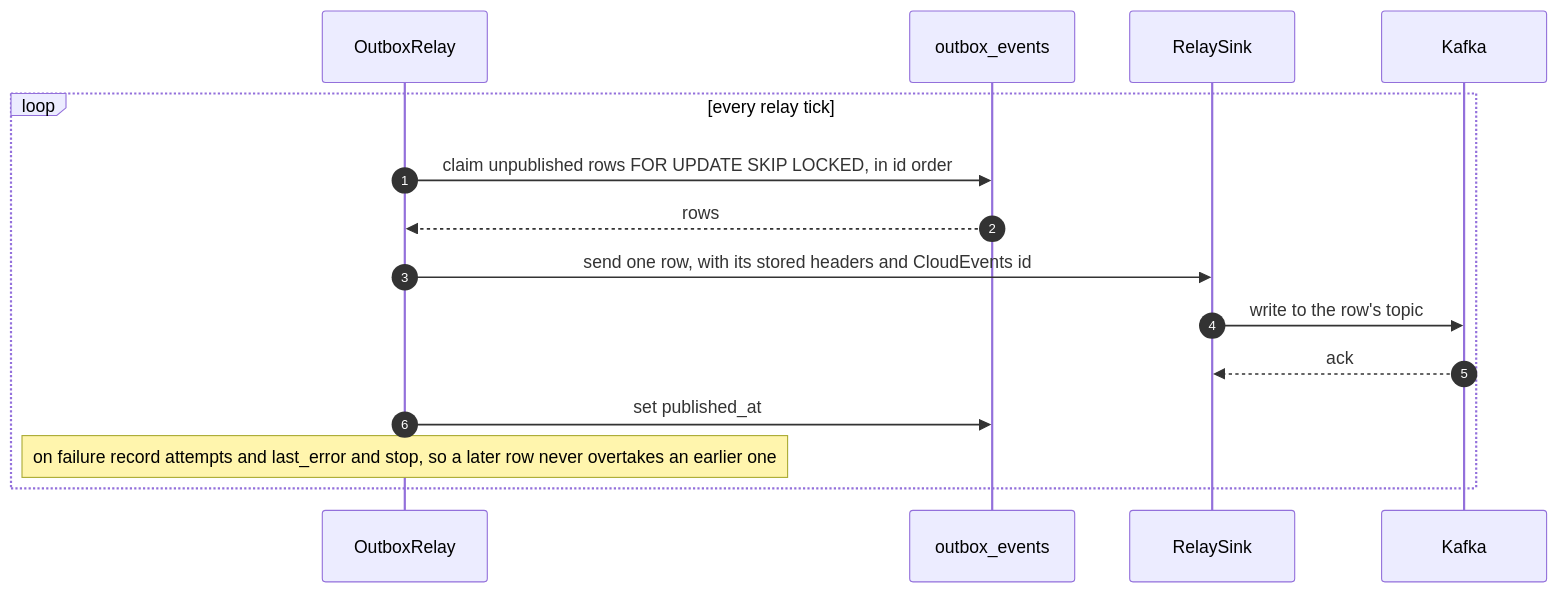
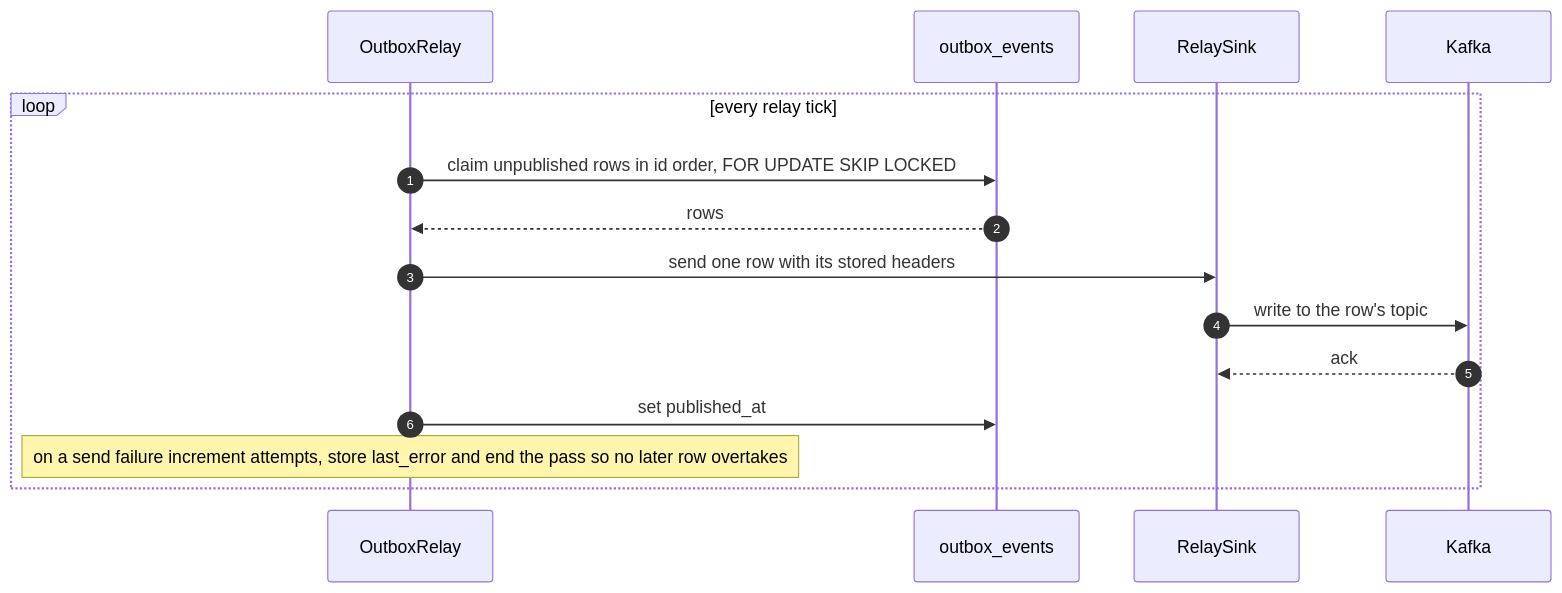
The fourth of 8 diagrams in docs/contexts/network-inventory-planning/sequence-diagrams.md (IQVO/warehouse-docs), drawn with Mermaid before and after one commit. The commit also changed other lines of this file and 115 other files, not shown here.

````diff
--- a/docs/contexts/network-inventory-planning/sequence-diagrams.md
+++ b/docs/contexts/network-inventory-planning/sequence-diagrams.md
@@ -109,17 +106,17 @@
 ```mermaid
 sequenceDiagram
   autonumber
   participant L as OutboxRelay
   participant DB as outbox_events
   participant S as RelaySink
   participant K as Kafka
   loop every relay tick
-    L->>DB: claim unpublished rows FOR UPDATE SKIP LOCKED, in id order
+    L->>DB: claim unpublished rows in id order, FOR UPDATE SKIP LOCKED
     DB-->>L: rows
-    L->>S: send one row, with its stored headers and CloudEvents id
+    L->>S: send one row with its stored headers
     S->>K: write to the row's topic
     K-->>S: ack
     L->>DB: set published_at
-    Note over L: on failure record attempts and last_error and stop, so a later row never overtakes an earlier one
+    Note over L: on a send failure increment attempts, store last_error and end the pass so no later row overtakes
   end
 ```
````
